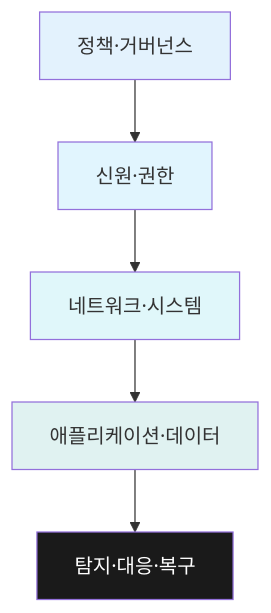
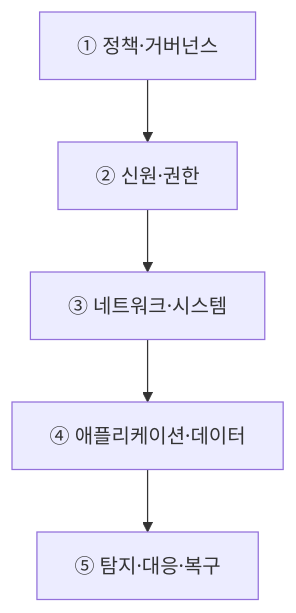
Before and after one commit to KMUTMU/information-security: the fourth of 5 diagrams in 01_보안개념_CIA_정리.md, drawn with Mermaid. The commit also changed other lines of this file and 5 other files, not shown here.

Commit message:
Mermaid 다이어그램 가독성 개선: 짧은 라벨·이모지 제거·색상 최소화

````diff
--- a/01_보안개념_CIA_정리.md
+++ b/01_보안개념_CIA_정리.md
@@ -157,12 +154,4 @@
 ```mermaid
 flowchart TB
-    L1["정책·거버넌스"] --> L2["신원·권한"]
-    L2 --> L3["네트워크·시스템"]
-    L3 --> L4["애플리케이션·데이터"]
-    L4 --> L5["탐지·대응·복구"]
-    style L1 fill:#e3f2fd
-    style L2 fill:#e1f5fe
-    style L3 fill:#e0f7fa
-    style L4 fill:#e0f2f1
-    style L5 fill:#1a1a1a,color:#fff
+    L1["① 정책·거버넌스"] --> L2["② 신원·권한"] --> L3["③ 네트워크·시스템"] --> L4["④ 애플리케이션·데이터"] --> L5["⑤ 탐지·대응·복구"]
 ```
````
